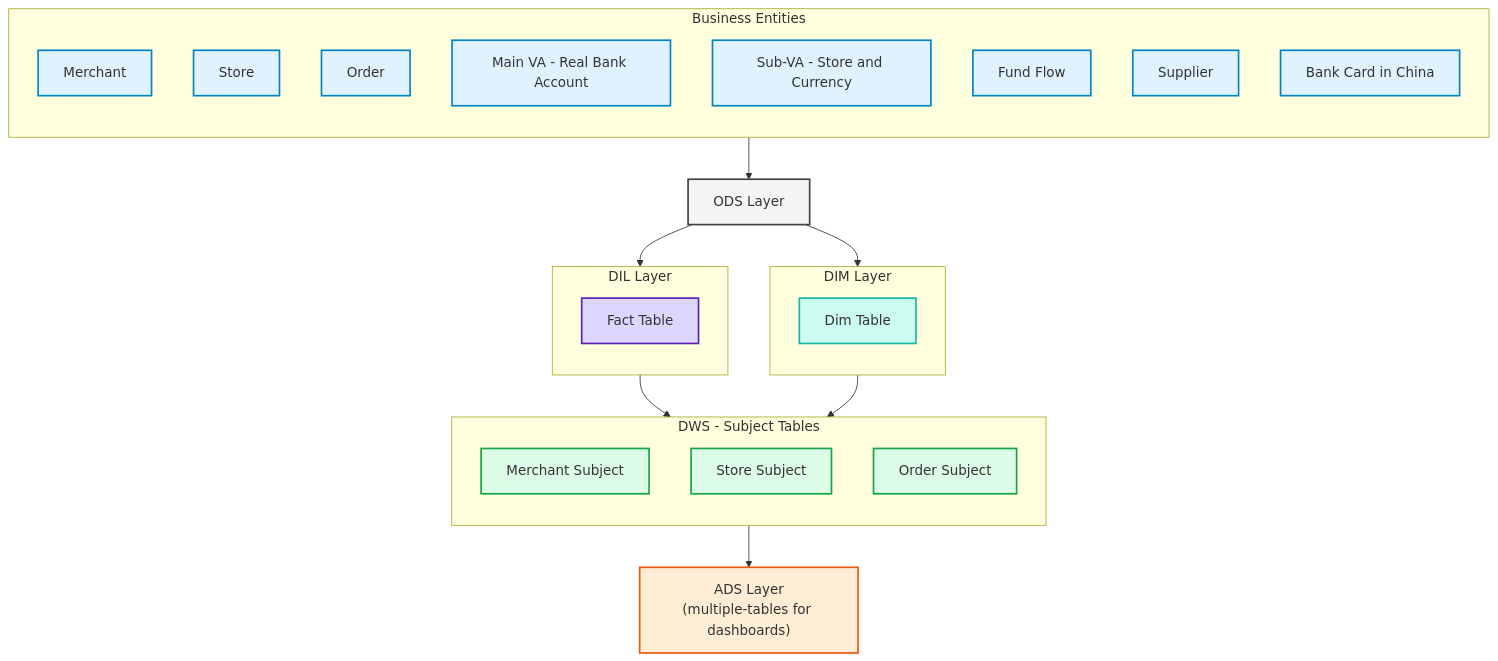
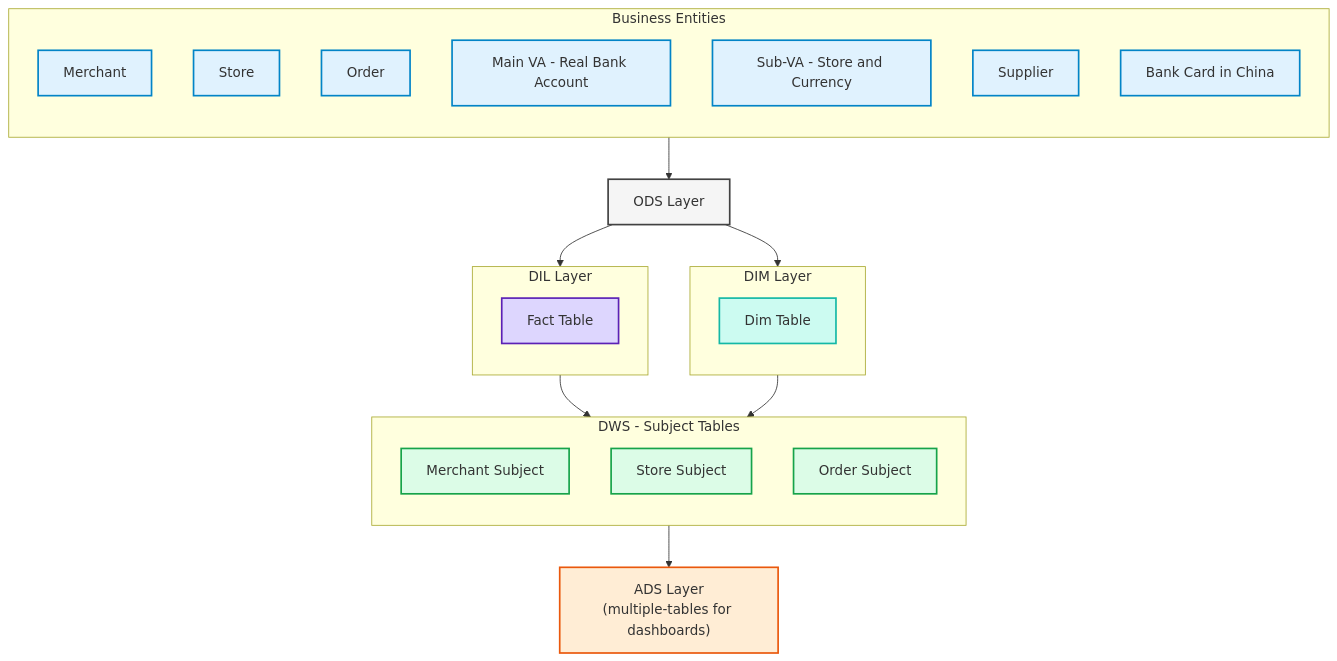
The diagram in DW-QA.md (blaire101/data-warehouse-solutions), drawn with Mermaid before and after one commit.

````diff
--- a/DW-QA.md
+++ b/DW-QA.md
@@ -31,58 +31,57 @@
 ```mermaid
 flowchart TB
   %% ============ Business Entities ============
   subgraph BIZ["Business Entities"]
     direction TB
     M[Merchant]:::biz
     S[Store]:::biz
     O[Order]:::biz
     VAM[Main VA - Real Bank Account]:::biz
     VAS[Sub-VA - Store and Currency]:::biz
-    FF[Fund Flow]:::biz
     SUP[Supplier]:::biz
     CNBK[Bank Card in China]:::biz
   end
 
   %% ============ ODS ============
   ODS[ODS Layer]:::ods
 
   %% ============ DIL ============
   subgraph DIL["DIL Layer"]
     direction TB
     FACT[Fact Table]:::fact
   end
 
   %% ============ DIM ============
   subgraph DIM["DIM Layer"]
     direction TB
     DIM_T[Dim Table]:::dim
   end
 
   %% ============ DWS ============
   subgraph DWS["DWS - Subject Tables"]
     direction TB
     DWS_M[Merchant Subject]:::dws
     DWS_S[Store Subject]:::dws
     DWS_O[Order Subject]:::dws
   end
 
   %% ============ ADS ============
   ADS["ADS Layer<br>(multiple-tables for dashboards)"]:::ads
 
   %% ============ Mappings ============
   BIZ-->ODS
   ODS-->DIL
   ODS-->DIM
   DIL-->DWS
   DIM-->DWS
   DWS-->ADS
 
   %% ============ Styles ============
   classDef biz fill:#e0f2fe,stroke:#0284c7,stroke-width:2px,color:#075985;   %% light blue
   classDef ods fill:#f5f5f5,stroke:#424242,stroke-width:2px,color:#212121;   %% gray
   classDef dil fill:#ede9fe,stroke:#7c3aed,stroke-width:2px,color:#4c1d95;   %% purple
   classDef fact fill:#ddd6fe,stroke:#5b21b6,stroke-width:2px,color:#3730a3; %% darker purple
   classDef dim fill:#ccfbf1,stroke:#14b8a6,stroke-width:2px,color:#0f766e;  %% teal
   classDef dws fill:#dcfce7,stroke:#16a34a,stroke-width:2px,color:#166534;  %% green
   classDef ads fill:#ffedd5,stroke:#ea580c,stroke-width:2px,color:#7c2d12;  %% orange
 ```
````
